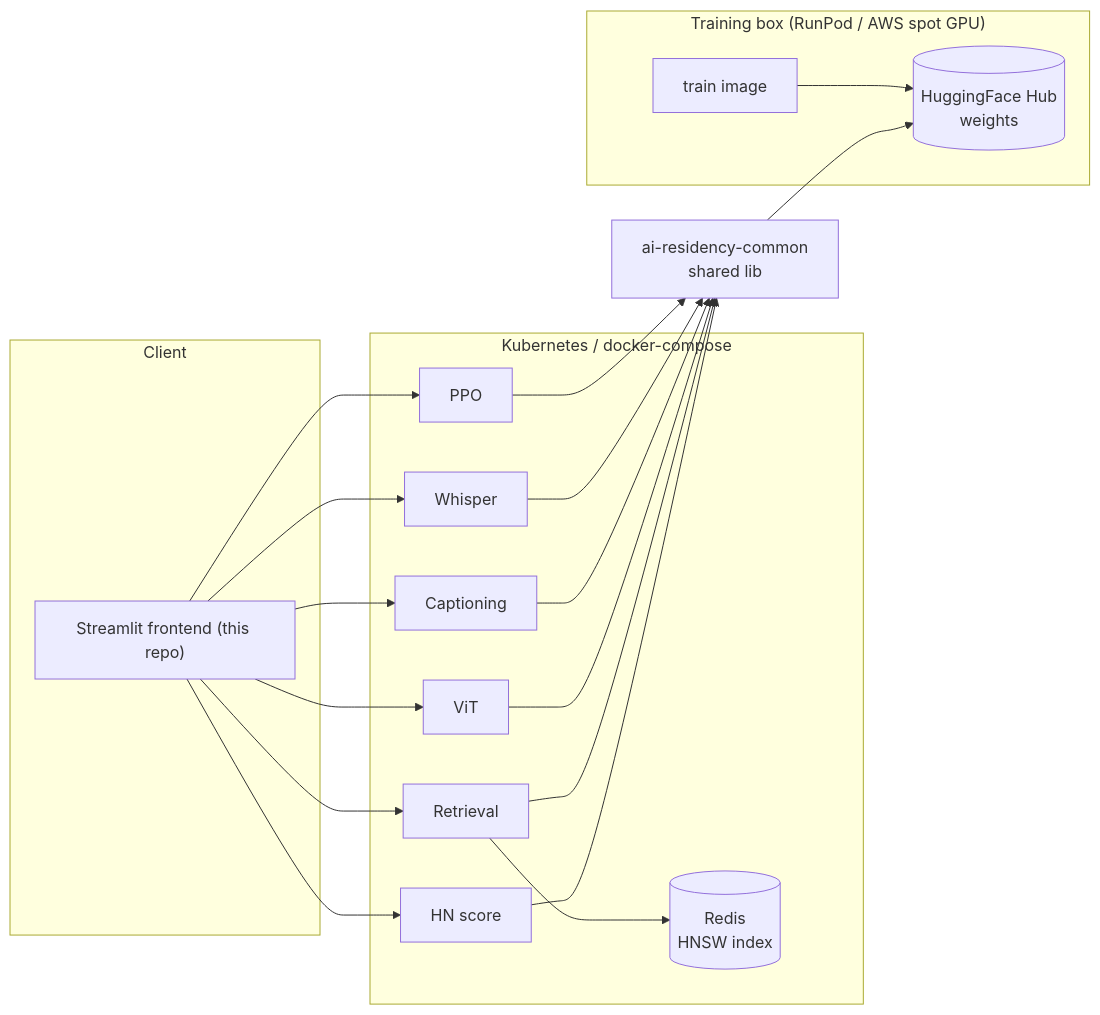
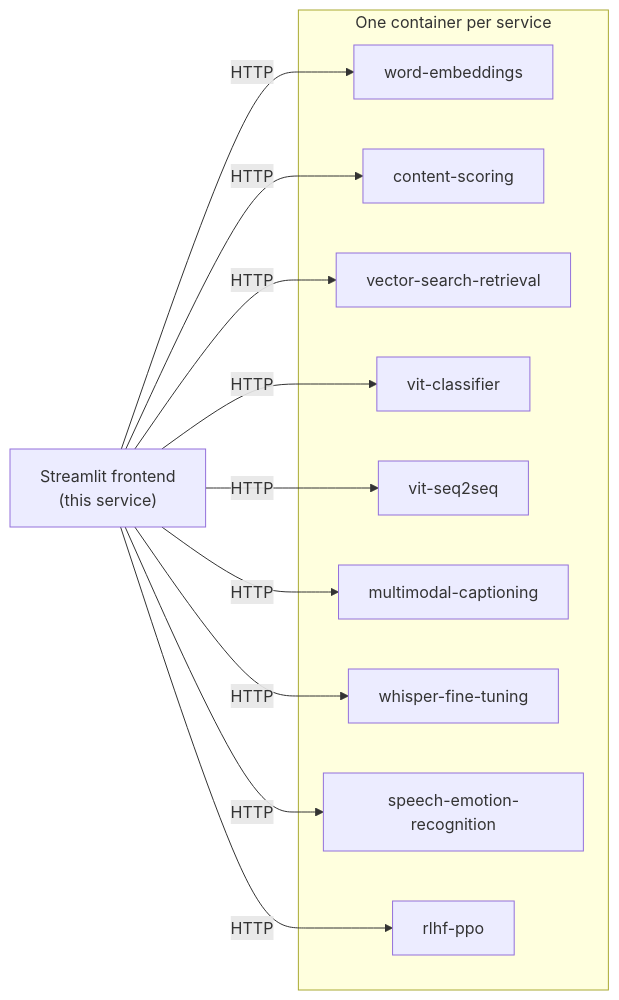
Before and after one commit to RoshBeed/ai-residency: the diagram in services/frontend/README.md, drawn with Mermaid. The commit also changed other lines of this file and 42 other files, not shown here.

First line of the commit message:
One write-up per service, and fix the plumbing the splits exposed

````diff
--- a/services/frontend/README.md
+++ b/services/frontend/README.md
@@ -11,25 +9,16 @@
 ```mermaid
 flowchart LR
-    subgraph clients["Client"]
-        UI["Streamlit frontend (this repo)"]
+    UI["Streamlit frontend<br/>(this service)"]
+    subgraph backends["One container per service"]
+        B1["word-embeddings"]
+        B2["content-scoring"]
+        B3["vector-search-retrieval"]
+        B4["vit-classifier"]
+        B5["vit-seq2seq"]
+        B6["multimodal-captioning"]
+        B7["whisper-fine-tuning"]
+        B8["speech-emotion-recognition"]
+        B9["rlhf-ppo"]
     end
-    subgraph cluster["Kubernetes / docker-compose"]
-        W1["HN score"]
-        W2["Retrieval"]
-        W3["ViT"]
-        W4["Captioning"]
-        W5["Whisper"]
-        W6["PPO"]
-        R[("Redis<br/>HNSW index")]
-    end
-    C["ai-residency-common<br/>shared lib"]
-    H[("HuggingFace Hub<br/>weights")]
-
-    UI --> W1 & W2 & W3 & W4 & W5 & W6
-    W2 --> R
-    W1 & W2 & W3 & W4 & W5 & W6 --> C
-    C --> H
-    subgraph train["Training box (RunPod / AWS spot GPU)"]
-        T["train image"] --> H
-    end
+    UI -->|HTTP| B1 & B2 & B3 & B4 & B5 & B6 & B7 & B8 & B9
 ```
````
